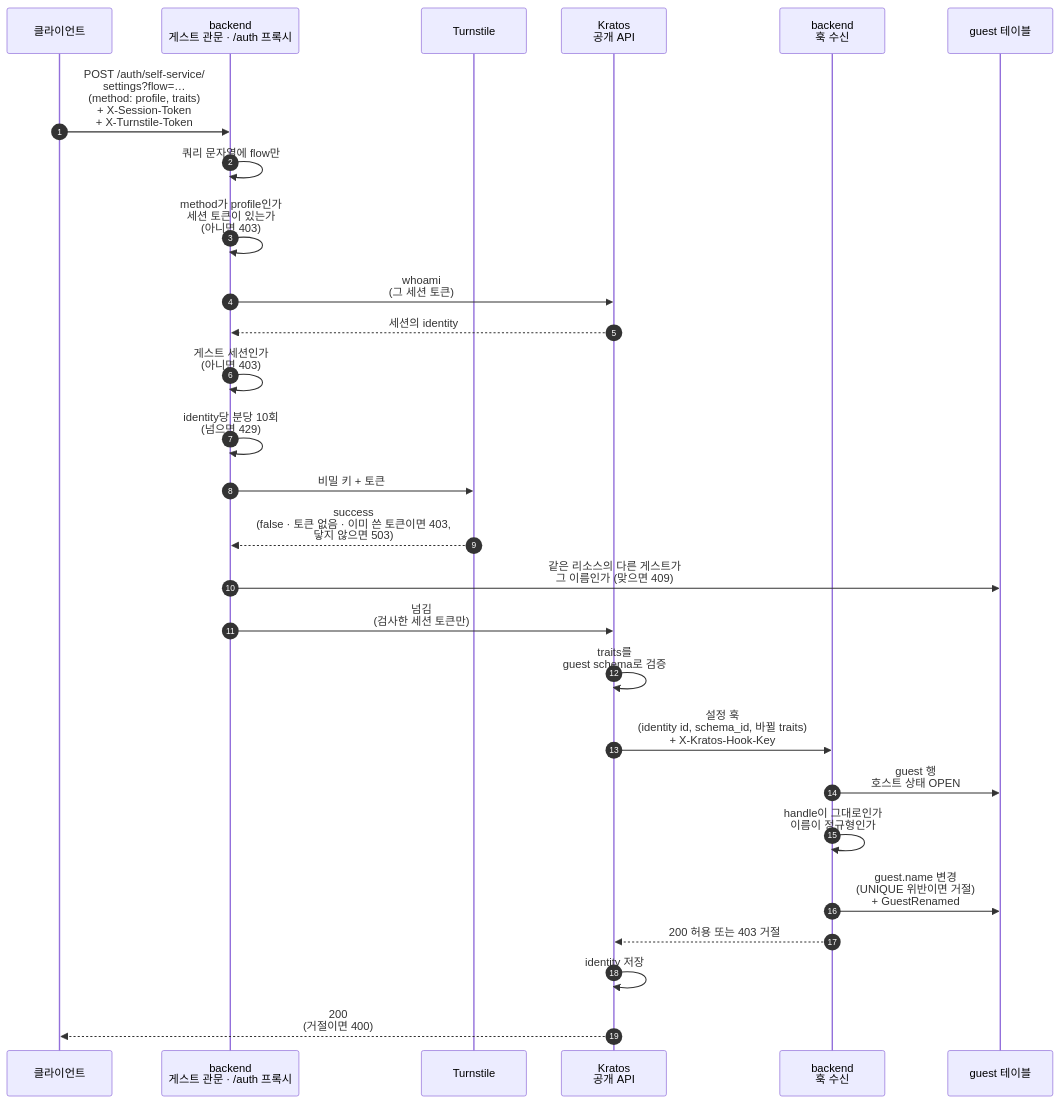
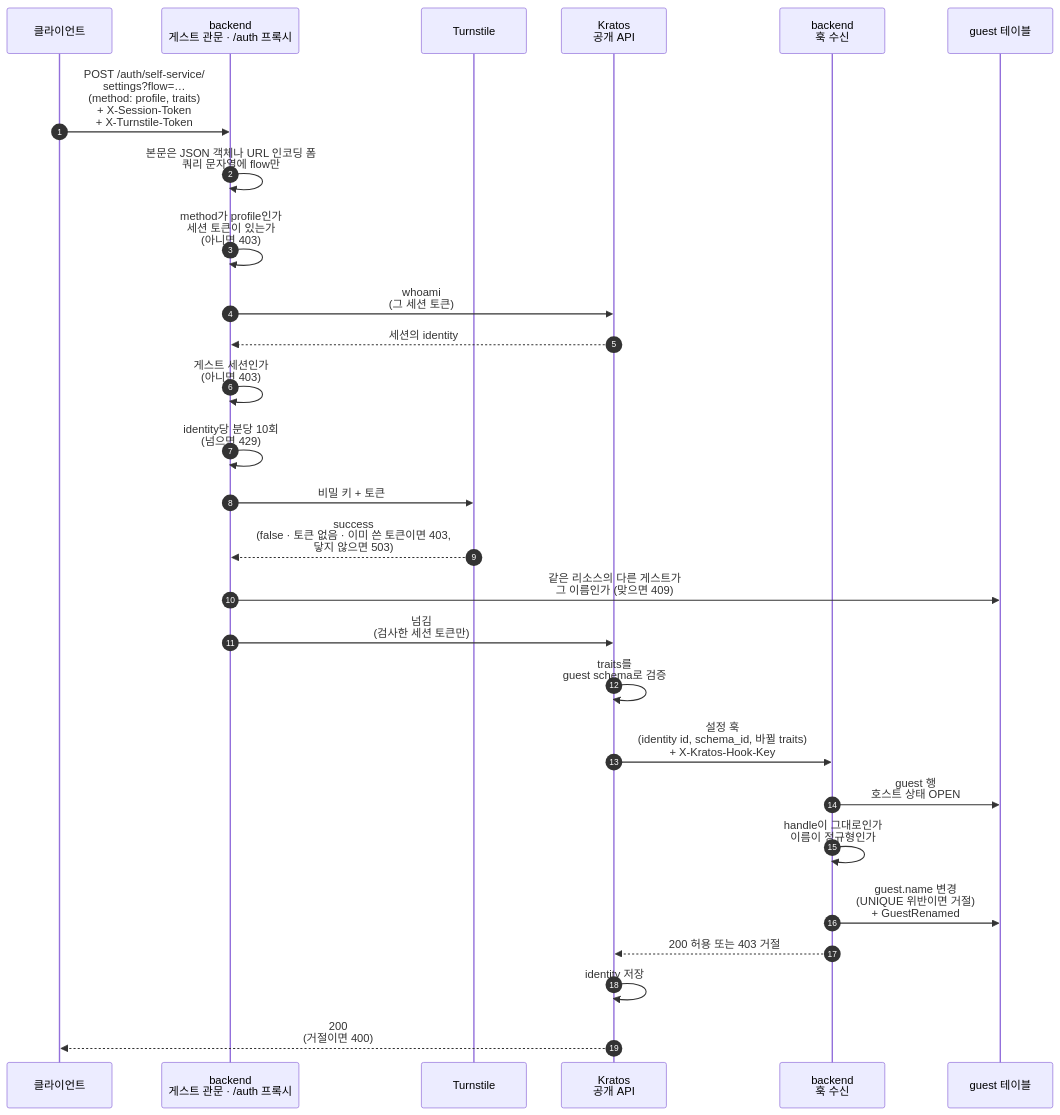
Before and after one commit to onprem-hipster-timer/backend: the ninth of 10 diagrams in docs/guides/guest.ko.md, drawn with Mermaid. The commit also changed other lines of this file and 5 other files, not shown here.

````diff
--- a/docs/guides/guest.ko.md
+++ b/docs/guides/guest.ko.md
@@ -552,30 +553,30 @@
 ```mermaid
 sequenceDiagram
     autonumber
     participant C as 클라이언트
     participant P as backend<br/>게스트 관문 · /auth 프록시
     participant T as Turnstile
     participant K as Kratos<br/>공개 API
     participant H as backend<br/>훅 수신
     participant D as guest 테이블
 
     C->>P: POST /auth/self-service/<br/>settings?flow=…<br/>(method: profile, traits)<br/>+ X-Session-Token<br/>+ X-Turnstile-Token
-    P->>P: 쿼리 문자열에 flow만
+    P->>P: 본문은 JSON 객체나 URL 인코딩 폼<br/>쿼리 문자열에 flow만
     P->>P: method가 profile인가<br/>세션 토큰이 있는가<br/>(아니면 403)
     P->>K: whoami<br/>(그 세션 토큰)
     K-->>P: 세션의 identity
     P->>P: 게스트 세션인가<br/>(아니면 403)
     P->>P: identity당 분당 10회<br/>(넘으면 429)
     P->>T: 비밀 키 + 토큰
     T-->>P: success<br/>(false · 토큰 없음 · 이미 쓴 토큰이면 403,<br/>닿지 않으면 503)
     P->>D: 같은 리소스의 다른 게스트가<br/>그 이름인가 (맞으면 409)
     P->>K: 넘김<br/>(검사한 세션 토큰만)
     K->>K: traits를<br/>guest schema로 검증
     K->>H: 설정 훅<br/>(identity id, schema_id, 바뀔 traits)<br/>+ X-Kratos-Hook-Key
     H->>D: guest 행<br/>호스트 상태 OPEN
     H->>H: handle이 그대로인가<br/>이름이 정규형인가
     H->>D: guest.name 변경<br/>(UNIQUE 위반이면 거절)<br/>+ GuestRenamed
     H-->>K: 200 허용 또는 403 거절
     K->>K: identity 저장
     K-->>C: 200<br/>(거절이면 400)
 ```
````
